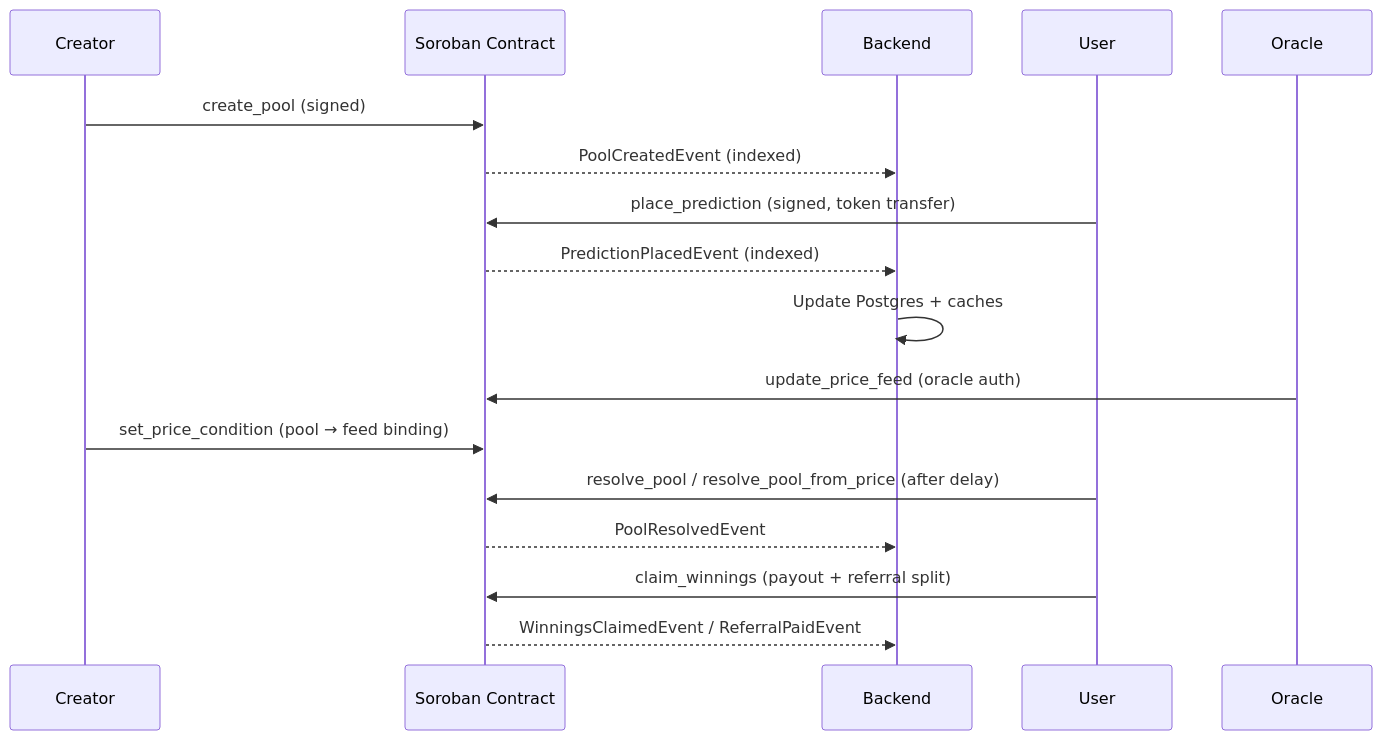
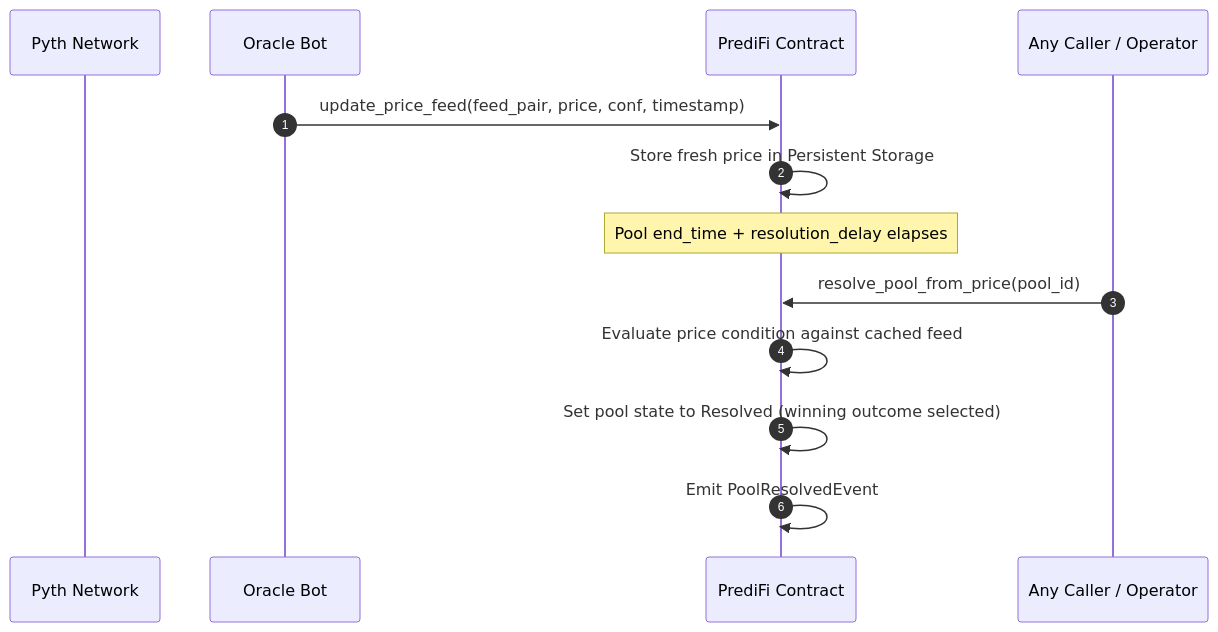
Before and after one commit to Web3Novalabs/predifi: the ninth of 12 diagrams in docs/ARCHITECTURE_OVERVIEW.md, drawn with Mermaid. The commit also changed other lines of this file and 3 other files, not shown here.

````diff
--- a/docs/ARCHITECTURE_OVERVIEW.md
+++ b/docs/ARCHITECTURE_OVERVIEW.md
@@ -344,20 +458,16 @@
 ```mermaid
 sequenceDiagram
-    participant Creator
-    participant Contract as Soroban Contract
-    participant Backend
-    participant User
-    participant Oracle
+    autonumber
+    participant Pyth as Pyth Network
+    participant Feeder as Oracle Bot
+    participant Contract as PrediFi Contract
+    participant Resolver as Any Caller / Operator
 
-    Creator->>Contract: create_pool (signed)
-    Contract-->>Backend: PoolCreatedEvent (indexed)
-    User->>Contract: place_prediction (signed, token transfer)
-    Contract-->>Backend: PredictionPlacedEvent (indexed)
-    Backend->>Backend: Update Postgres + caches
-    Oracle->>Contract: update_price_feed (oracle auth)
-    Creator->>Contract: set_price_condition (pool → feed binding)
-    User->>Contract: resolve_pool / resolve_pool_from_price (after delay)
-    Contract-->>Backend: PoolResolvedEvent
-    User->>Contract: claim_winnings (payout + referral split)
-    Contract-->>Backend: WinningsClaimedEvent / ReferralPaidEvent
+    Feeder->>Contract: update_price_feed(feed_pair, price, conf, timestamp)
+    Contract->>Contract: Store fresh price in Persistent Storage
+    Note over Contract: Pool end_time + resolution_delay elapses
+    Resolver->>Contract: resolve_pool_from_price(pool_id)
+    Contract->>Contract: Evaluate price condition against cached feed
+    Contract->>Contract: Set pool state to Resolved (winning outcome selected)
+    Contract->>Contract: Emit PoolResolvedEvent
 ```
````
